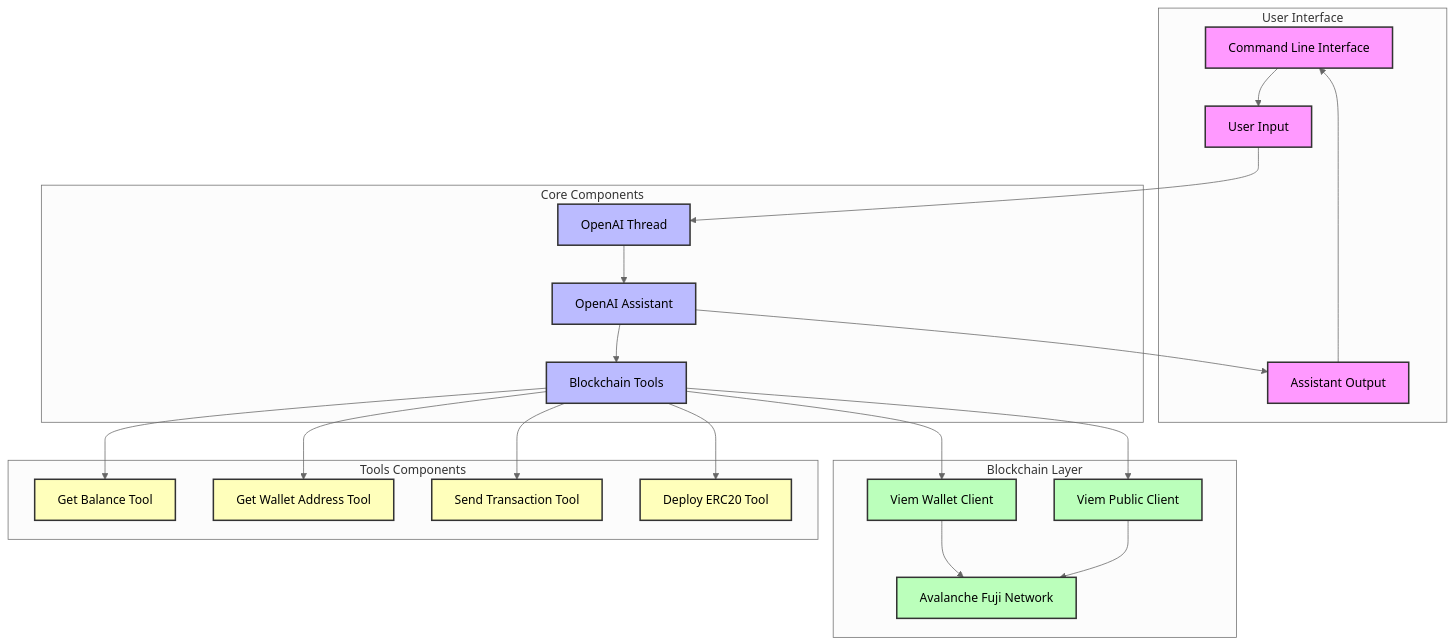
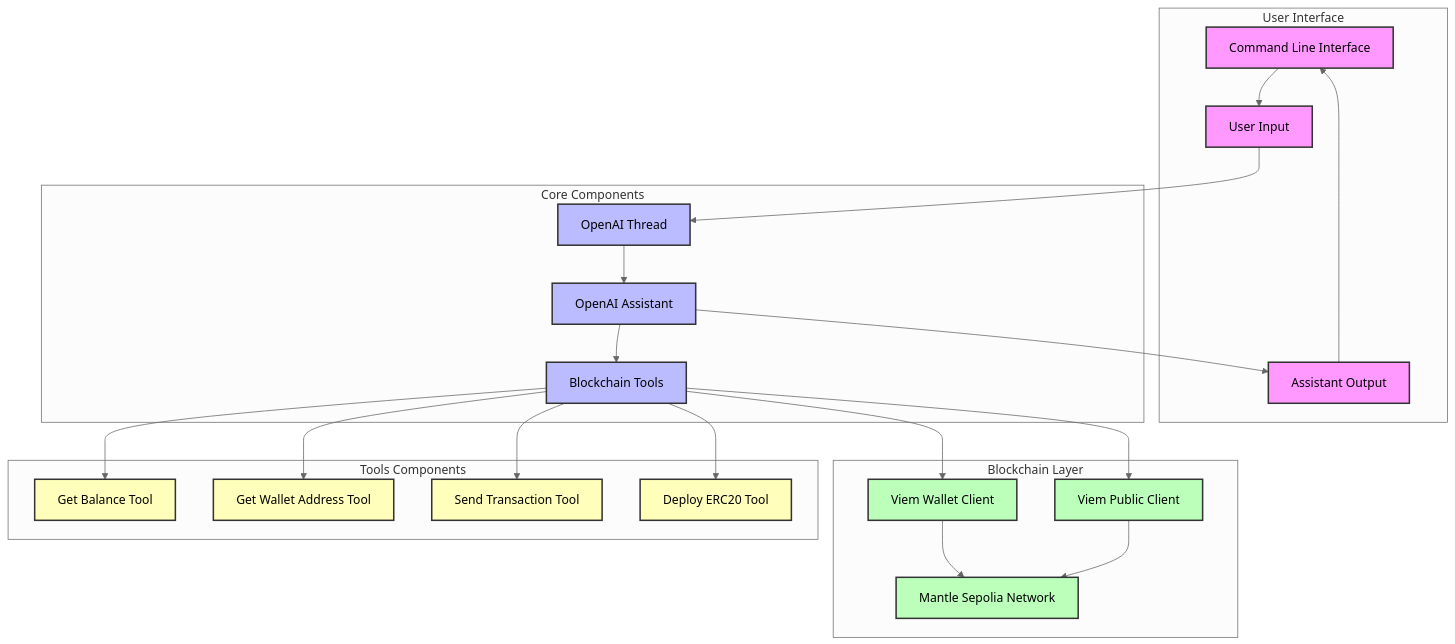
The diagram in doc/architecture.md (nescampos/mntagent), drawn with Mermaid (neutral theme) before and after one commit. The commit also changed other lines of this file and 2 other files, not shown here.

````diff
--- a/doc/architecture.md
+++ b/doc/architecture.md
@@ -7,56 +7,56 @@
 ```mermaid
 graph TB
     subgraph User Interface
         CLI[Command Line Interface]
         UserInput[User Input]
         Output[Assistant Output]
     end
 
     subgraph Core Components
         Assistant[OpenAI Assistant]
         Thread[OpenAI Thread]
         Tools[Blockchain Tools]
     end
 
     subgraph Blockchain Layer
         WalletClient[Viem Wallet Client]
         PublicClient[Viem Public Client]
-        AvalancheFuji[Avalanche Fuji Network]
+        MantleSepolia[Mantle Sepolia Network]
     end
 
     subgraph Tools Components
         GetBalance[Get Balance Tool]
         GetAddress[Get Wallet Address Tool]
         SendTx[Send Transaction Tool]
         DeployERC20[Deploy ERC20 Tool]
     end
 
     %% User Flow
     CLI --> UserInput
     UserInput --> Thread
     Thread --> Assistant
     Assistant --> Tools
     Tools --> WalletClient
     Tools --> PublicClient
-    WalletClient --> AvalancheFuji
-    PublicClient --> AvalancheFuji
+    WalletClient --> MantleSepolia
+    PublicClient --> MantleSepolia
     Assistant --> Output
     Output --> CLI
 
     %% Tool Connections
     Tools --> GetBalance
     Tools --> GetAddress
     Tools --> SendTx
     Tools --> DeployERC20
 
     %% Styling
     classDef interface fill:#f9f,stroke:#333,stroke-width:2px
     classDef core fill:#bbf,stroke:#333,stroke-width:2px
     classDef blockchain fill:#bfb,stroke:#333,stroke-width:2px
     classDef tools fill:#ffb,stroke:#333,stroke-width:2px
 
     class CLI,UserInput,Output interface
     class Assistant,Thread,Tools core
-    class WalletClient,PublicClient,AvalancheFuji blockchain
+    class WalletClient,PublicClient,MantleSepolia blockchain
     class GetBalance,GetAddress,SendTx,DeployERC20 tools
 ```
````
